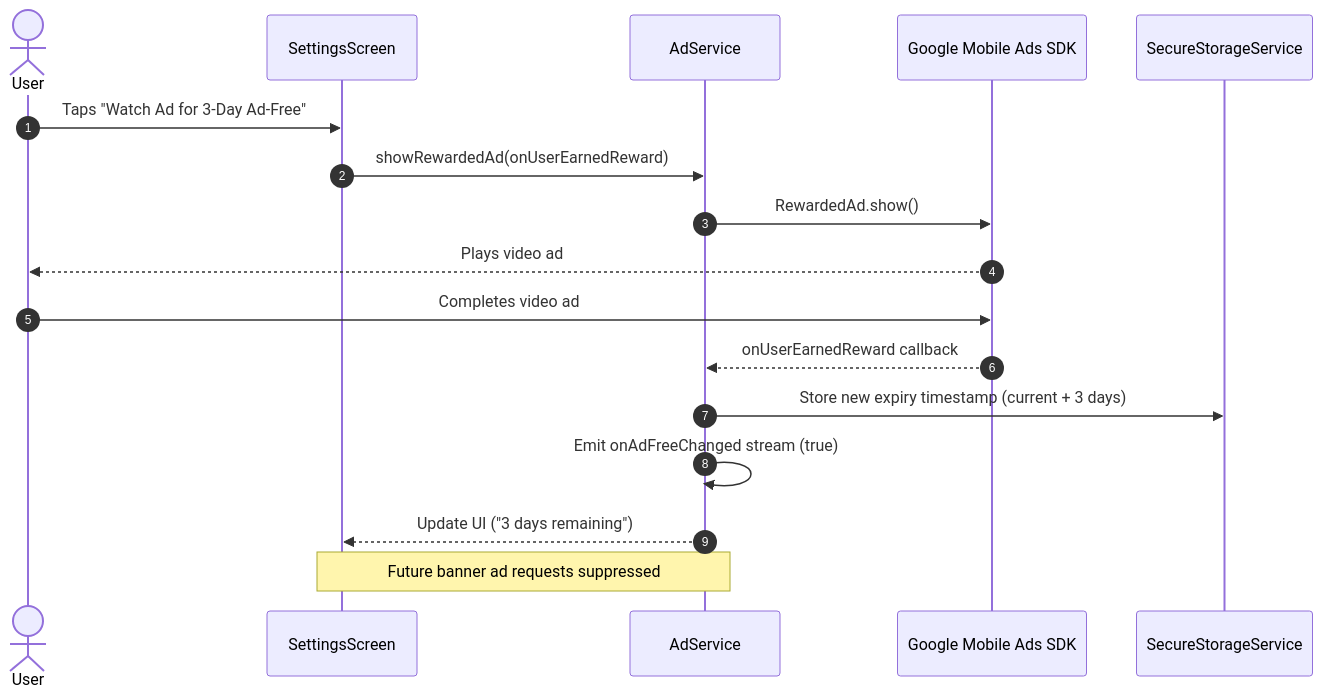
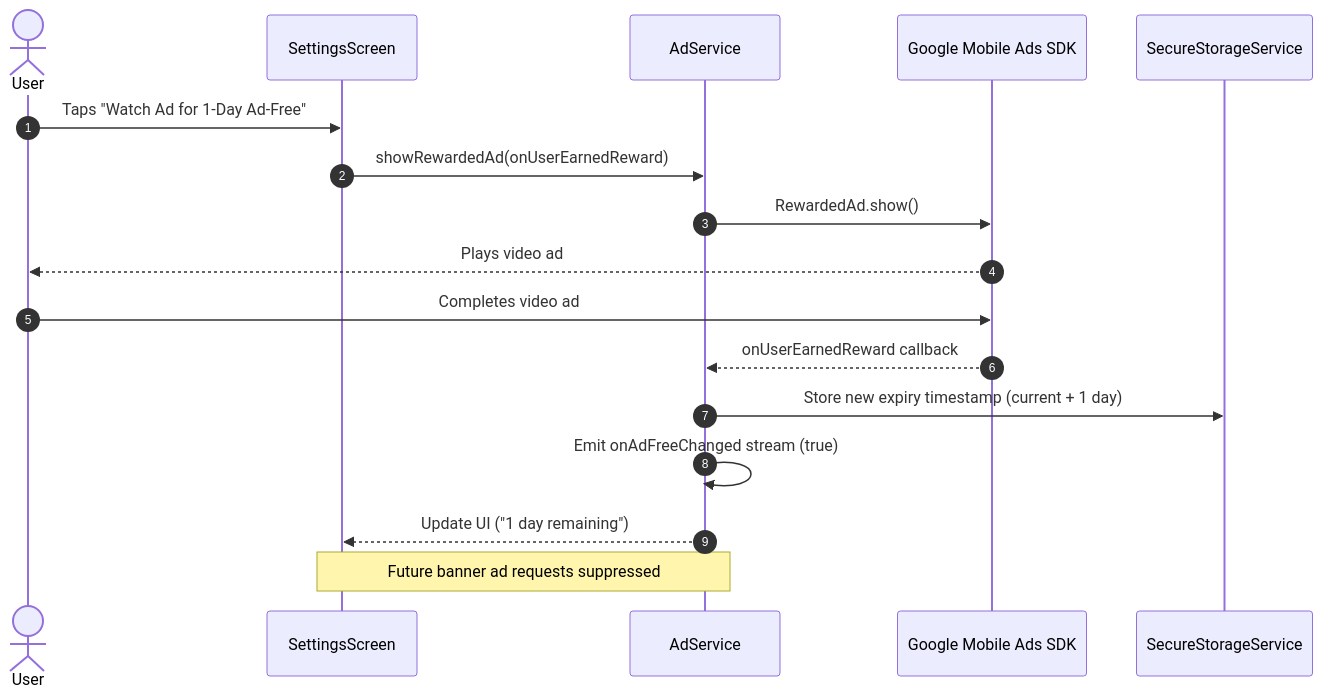
Before and after one commit to NipulDaki/KharchMate: the fourth of 6 diagrams in ARCHITECTURE.md, drawn with Mermaid. The commit also changed other lines of this file and 26 other files, not shown here.

Commit message:
fix: resolve category creation type error, update ad-free duration to 1 day, and fix release build ads

````diff
--- a/ARCHITECTURE.md
+++ b/ARCHITECTURE.md
@@ -412,20 +412,20 @@
 ```mermaid
 sequenceDiagram
     autonumber
     actor User
     participant Settings as SettingsScreen
     participant AdService as AdService
     participant AdMob as Google Mobile Ads SDK
     participant Storage as SecureStorageService
 
-    User->>Settings: Taps "Watch Ad for 3-Day Ad-Free"
+    User->>Settings: Taps "Watch Ad for 1-Day Ad-Free"
     Settings->>AdService: showRewardedAd(onUserEarnedReward)
     AdService->>AdMob: RewardedAd.show()
     AdMob-->>User: Plays video ad
     User->>AdMob: Completes video ad
     AdMob-->>AdService: onUserEarnedReward callback
-    AdService->>Storage: Store new expiry timestamp (current + 3 days)
+    AdService->>Storage: Store new expiry timestamp (current + 1 day)
     AdService->>AdService: Emit onAdFreeChanged stream (true)
-    AdService-->>Settings: Update UI ("3 days remaining")
+    AdService-->>Settings: Update UI ("1 day remaining")
     Note over Settings,AdService: Future banner ad requests suppressed
 ```
````
